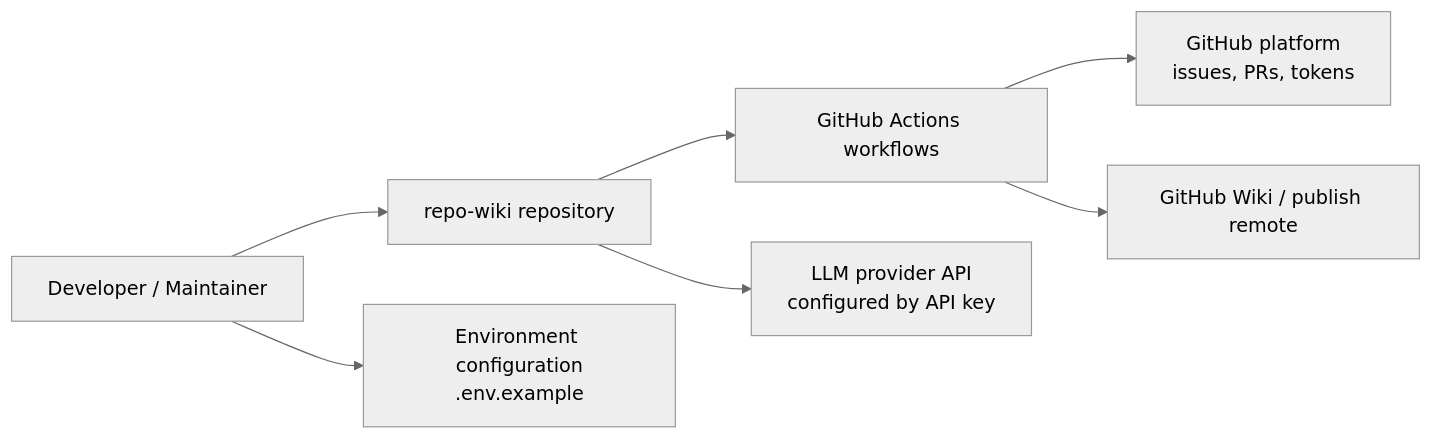
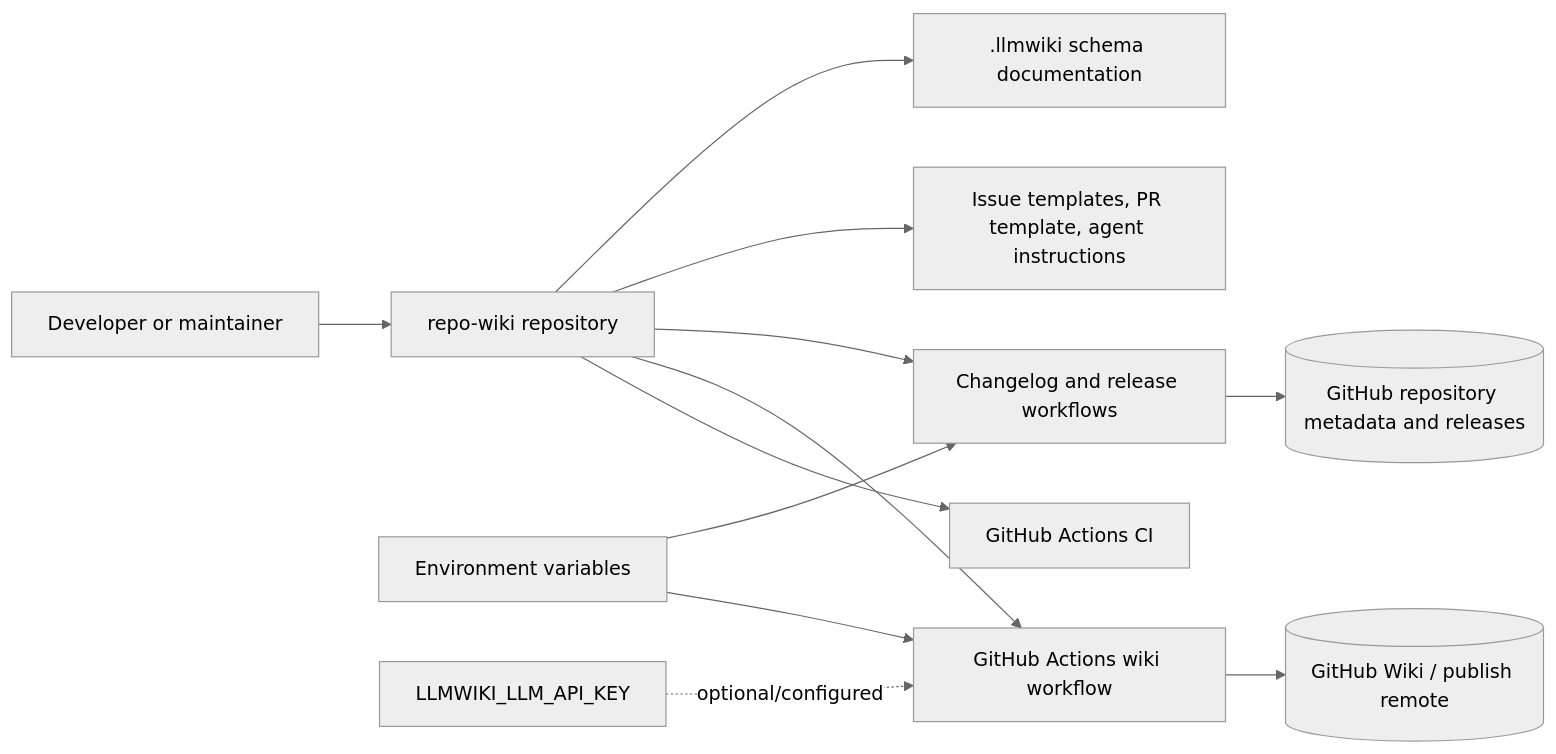
The first of 4 diagrams in Architecture.md (mfittko/repo-wiki), drawn with Mermaid (neutral theme) before and after one commit. The commit also changed other lines of this file and 43 other files, not shown here.

Commit message:
Compile repository wiki 2026-05-13T17:36:14.171Z

````diff
--- a/Architecture.md
+++ b/Architecture.md
@@ -52,17 +67,18 @@
 ```mermaid
 flowchart LR
-  User["Developer / Maintainer"]
-  Repo["repo-wiki repository"]
-  Env["Environment configuration<br/>.env.example"]
-  Actions["GitHub Actions workflows"]
-  Wiki["GitHub Wiki / publish remote"]
-  GitHub["GitHub platform<br/>issues, PRs, tokens"]
-  LLM["LLM provider API<br/>configured by API key"]
+  Dev[Developer or maintainer] --> Repo[repo-wiki repository]
 
-  User --> Repo
-  User --> Env
-  Repo --> Actions
-  Actions --> GitHub
-  Actions --> Wiki
-  Repo --> LLM
+  Repo --> CI[GitHub Actions CI]
+  Repo --> WikiWorkflow[GitHub Actions wiki workflow]
+  Repo --> ChangelogWorkflows[Changelog and release workflows]
+  Repo --> Governance[Issue templates, PR template, agent instructions]
+  Repo --> Schema[.llmwiki schema documentation]
+
+  Env[Environment variables] --> WikiWorkflow
+  Env --> ChangelogWorkflows
+
+  WikiWorkflow --> GitHubWiki[(GitHub Wiki / publish remote)]
+  ChangelogWorkflows --> GitHubRepo[(GitHub repository metadata and releases)]
+
+  LLMKey[LLMWIKI_LLM_API_KEY] -. optional/configured .-> WikiWorkflow
 ```
````
